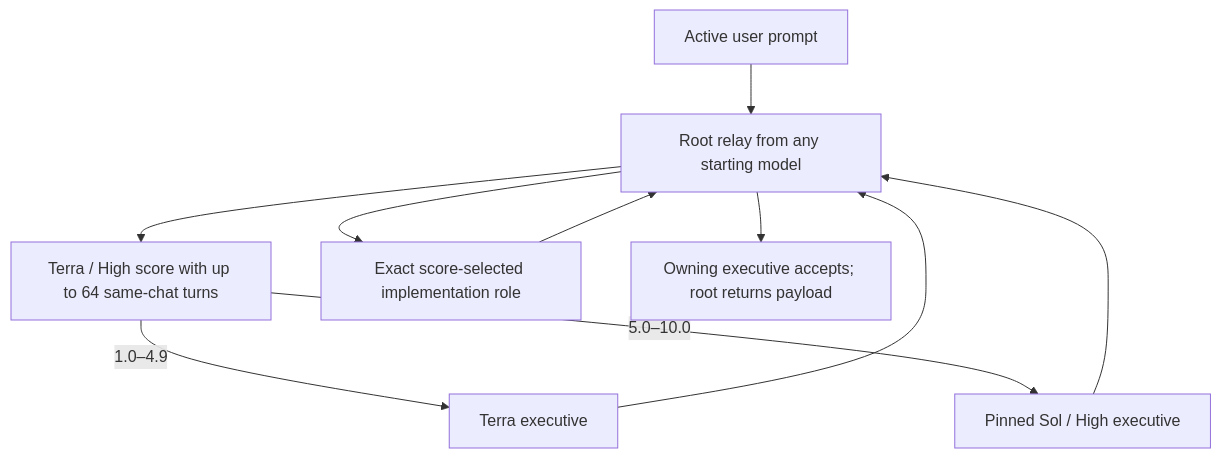
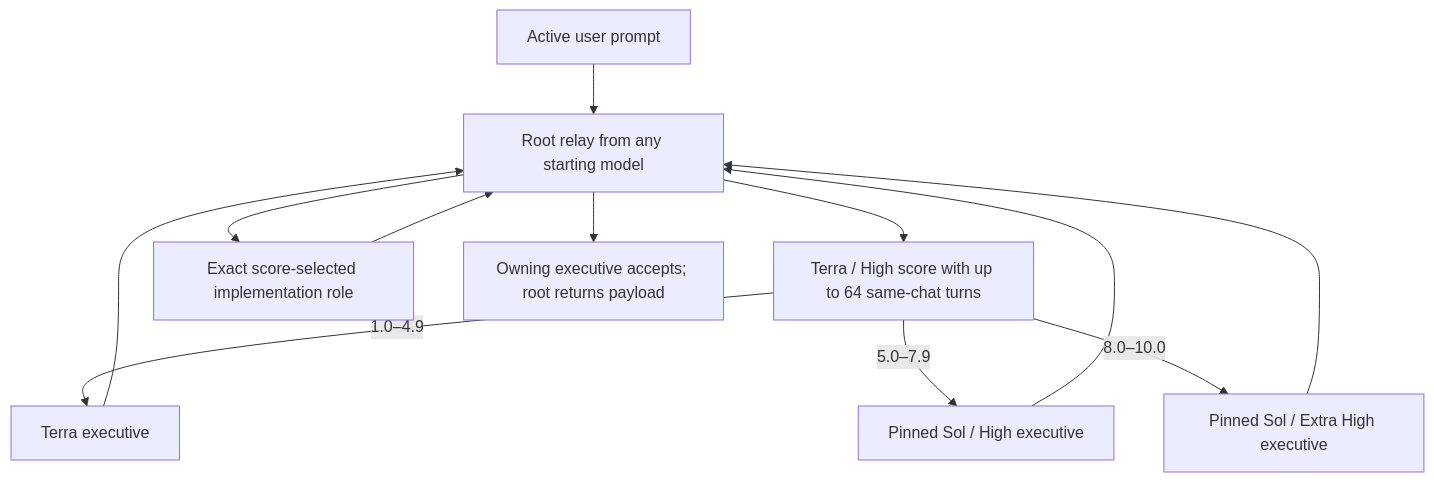
Before and after one commit to jessejaffe/codex-orchestration: the diagram in README.md, drawn with Mermaid. The commit also changed other lines of this file and 9 other files, not shown here.

Commit message:
Route complexity 8+ to Sol extra-high executive

````diff
--- a/README.md
+++ b/README.md
@@ -73,12 +74,14 @@
 ```mermaid
 flowchart TD
     U["Active user prompt"] --> H["Root relay from any starting model"]
     H --> T["Terra / High score with up to 64 same-chat turns"]
     T -->|"1.0–4.9"| L["Terra executive"]
     L --> H
-    T -->|"5.0–10.0"| S["Pinned Sol / High executive"]
+    T -->|"5.0–7.9"| S["Pinned Sol / High executive"]
+    T -->|"8.0–10.0"| X["Pinned Sol / Extra High executive"]
     S --> H
+    X --> H
     H --> P["Exact score-selected implementation role"]
     P --> H
     H --> R["Owning executive accepts; root returns payload"]
 ```
````
